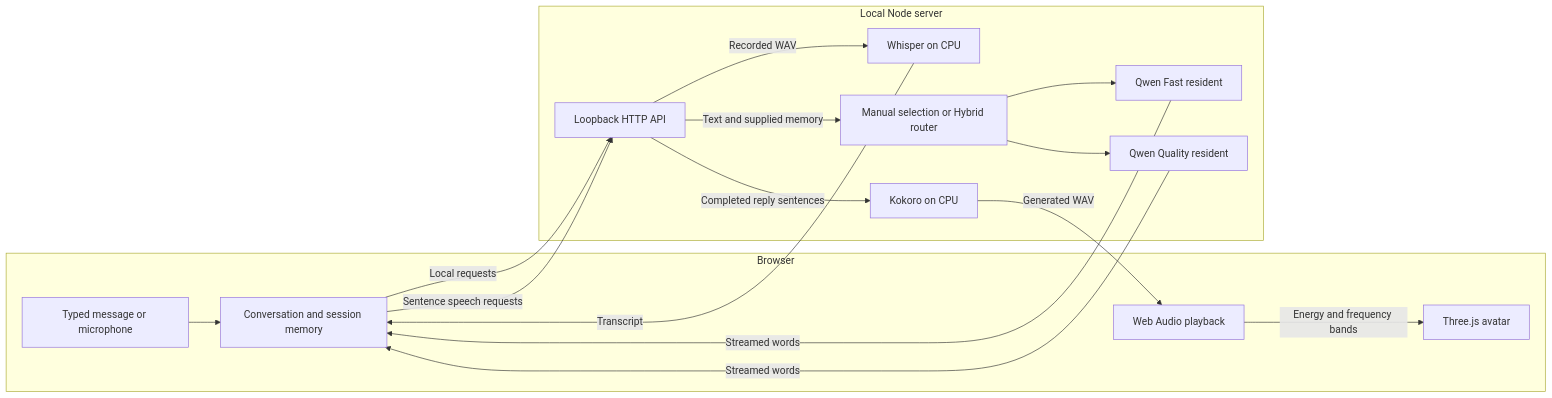
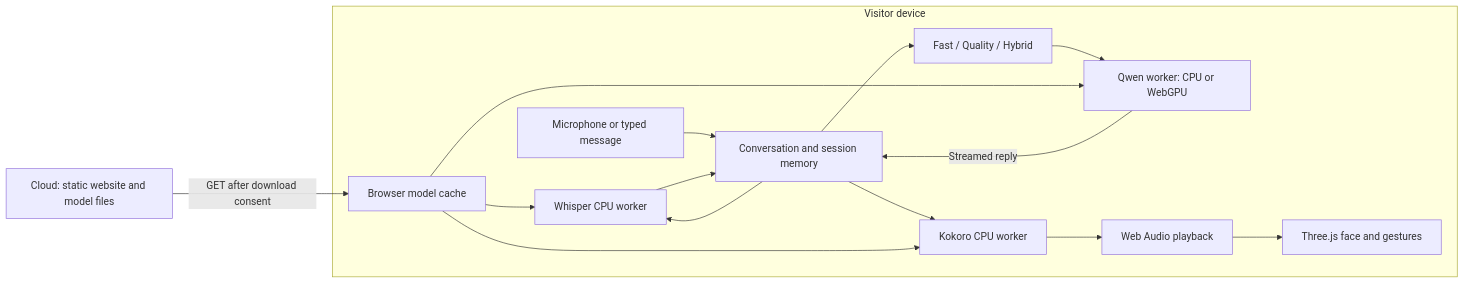
One commit to michaelegbo/milo changed the diagram in README.md. Above: the diagram before and after it, drawn with Mermaid. The commit also changed other lines of this file and 38 other files, not shown here.

Commit message:
Host Milo with private browser inference and optional WebGPU

````diff
--- a/README.md
+++ b/README.md
@@ -173,30 +85,18 @@
 ```mermaid
 flowchart LR
-  subgraph Browser[Browser]
-    Input[Typed message or microphone]
-    UI[Conversation and session memory]
-    Player[Web Audio playback]
-    Avatar[Three.js avatar]
-    Input --> UI
-    Player -->|Energy and frequency bands| Avatar
+  Host[Cloud: static website and model files] -->|GET after download consent| Cache[Browser model cache]
+  subgraph Device[Visitor device]
+    Input[Microphone or typed message] --> UI[Conversation and session memory]
+    UI --> Whisper[Whisper CPU worker]
+    Whisper --> UI
+    UI --> Router[Fast / Quality / Hybrid]
+    Router --> Qwen[Qwen worker: CPU or WebGPU]
+    Qwen -->|Streamed reply| UI
+    UI --> Kokoro[Kokoro CPU worker]
+    Kokoro --> Audio[Web Audio playback]
+    Audio --> Avatar[Three.js face and gestures]
+    Cache --> Whisper
+    Cache --> Qwen
+    Cache --> Kokoro
   end
-  subgraph Local[Local Node server]
-    API[Loopback HTTP API]
-    STT[Whisper on CPU]
-    Router[Manual selection or Hybrid router]
-    Fast[Qwen Fast resident]
-    Quality[Qwen Quality resident]
-    TTS[Kokoro on CPU]
-    API -->|Recorded WAV| STT
-    API -->|Text and supplied memory| Router
-    Router --> Fast
-    Router --> Quality
-    API -->|Completed reply sentences| TTS
-  end
-  UI -->|Local requests| API
-  STT -->|Transcript| UI
-  Fast -->|Streamed words| UI
-  Quality -->|Streamed words| UI
-  UI -->|Sentence speech requests| API
-  TTS -->|Generated WAV| Player
 ```
````
